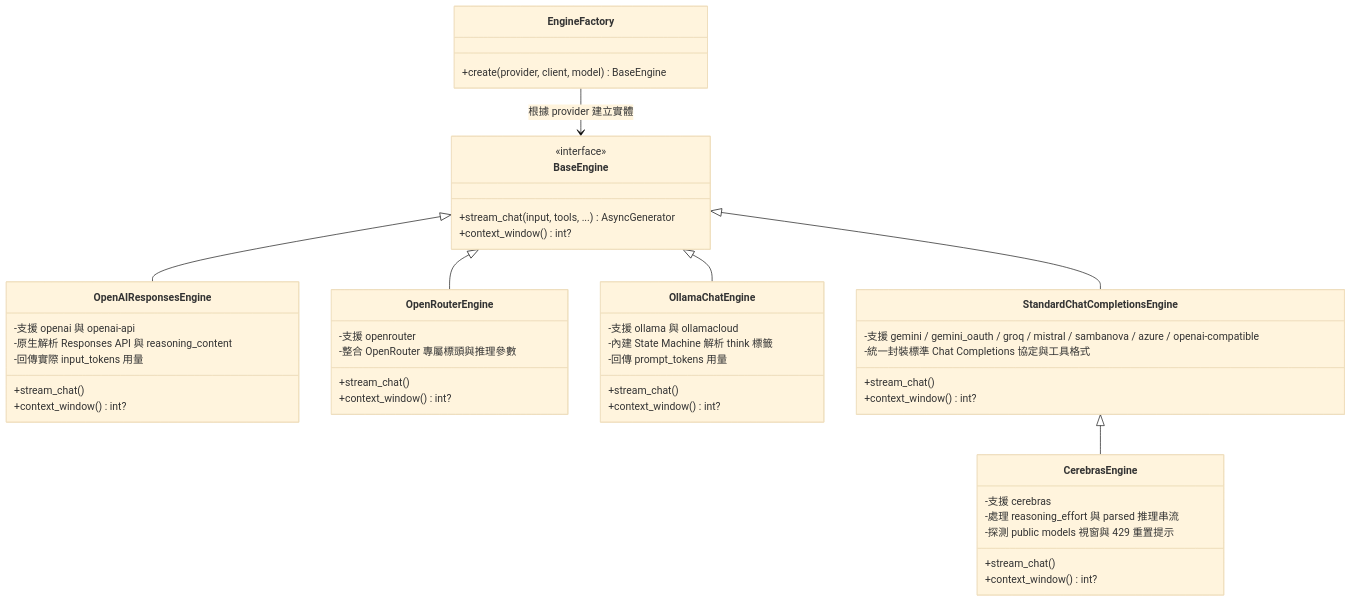
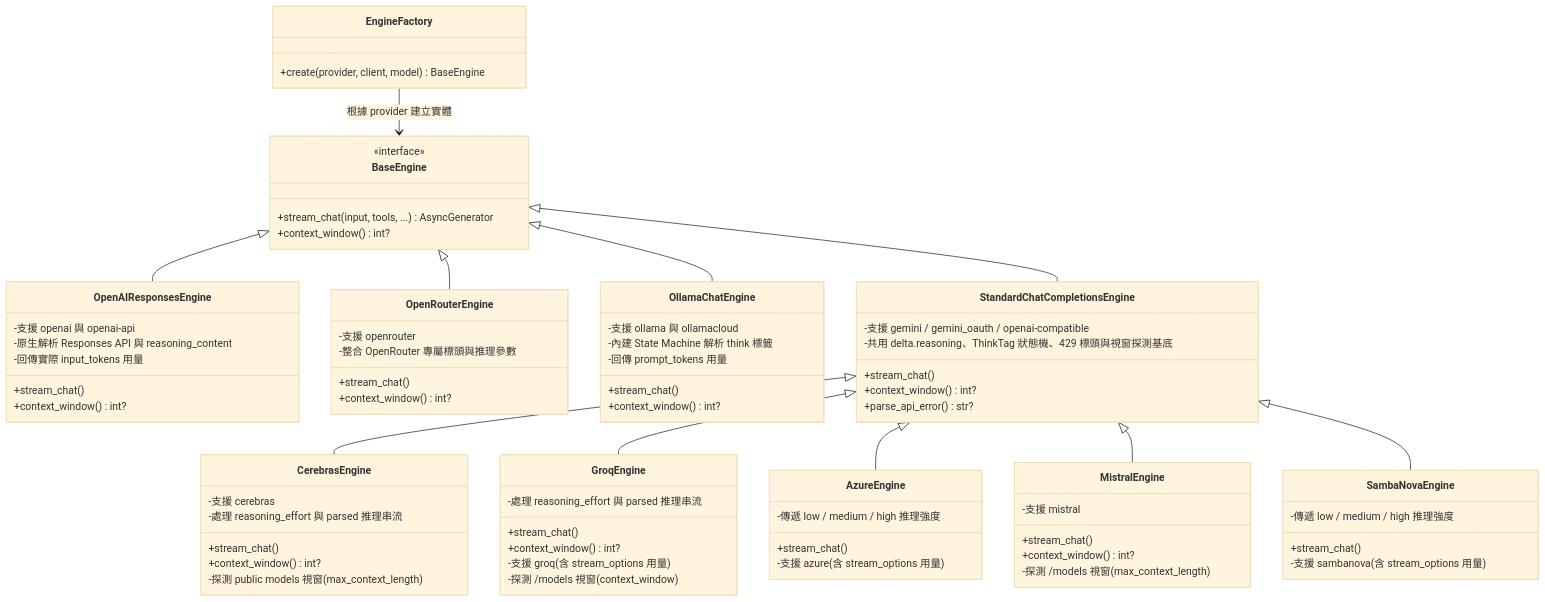
One commit to zanta0529/pocket-agent changed the first of 2 diagrams in docs/architecture/llm-adapter-architecture.md. Above: the diagram before and after it, drawn with Mermaid (base theme). The commit also changed other lines of this file and 13 other files, not shown here.

First line of the commit message:
docs(architecture): update LLM provider adapter architecture and development guidelines

````diff
--- a/docs/architecture/llm-adapter-architecture.md
+++ b/docs/architecture/llm-adapter-architecture.md
@@ -42,14 +42,42 @@
         +context_window() int?
         -支援 cerebras
         -處理 reasoning_effort 與 parsed 推理串流
-        -探測 public models 視窗與 429 重置提示
+        -探測 public models 視窗 (max_context_length)
+    }
+
+    class GroqEngine {
+        +stream_chat()
+        +context_window() int?
+        -支援 groq (含 stream_options 用量)
+        -處理 reasoning_effort 與 parsed 推理串流
+        -探測 /models 視窗 (context_window)
+    }
+
+    class AzureEngine {
+        +stream_chat()
+        -支援 azure (含 stream_options 用量)
+        -傳遞 low / medium / high 推理強度
+    }
+
+    class MistralEngine {
+        +stream_chat()
+        +context_window() int?
+        -支援 mistral
+        -探測 /models 視窗 (max_context_length)
+    }
+
+    class SambaNovaEngine {
+        +stream_chat()
+        -支援 sambanova (含 stream_options 用量)
+        -傳遞 low / medium / high 推理強度
     }
 
     class StandardChatCompletionsEngine {
         +stream_chat()
         +context_window() int?
-        -支援 gemini / gemini_oauth / groq / mistral / sambanova / azure / openai-compatible
-        -統一封裝標準 Chat Completions 協定與工具格式
+        +parse_api_error() str?
+        -支援 gemini / gemini_oauth / openai-compatible
+        -共用 delta.reasoning、ThinkTag 狀態機、429 標頭與視窗探測基底
     }
 
     class EngineFactory {
@@ -61,5 +89,9 @@
     BaseEngine <|-- OllamaChatEngine
     BaseEngine <|-- StandardChatCompletionsEngine
     StandardChatCompletionsEngine <|-- CerebrasEngine
+    StandardChatCompletionsEngine <|-- GroqEngine
+    StandardChatCompletionsEngine <|-- AzureEngine
+    StandardChatCompletionsEngine <|-- MistralEngine
+    StandardChatCompletionsEngine <|-- SambaNovaEngine
     EngineFactory --> BaseEngine: 根據 provider 建立實體
 ```
````
